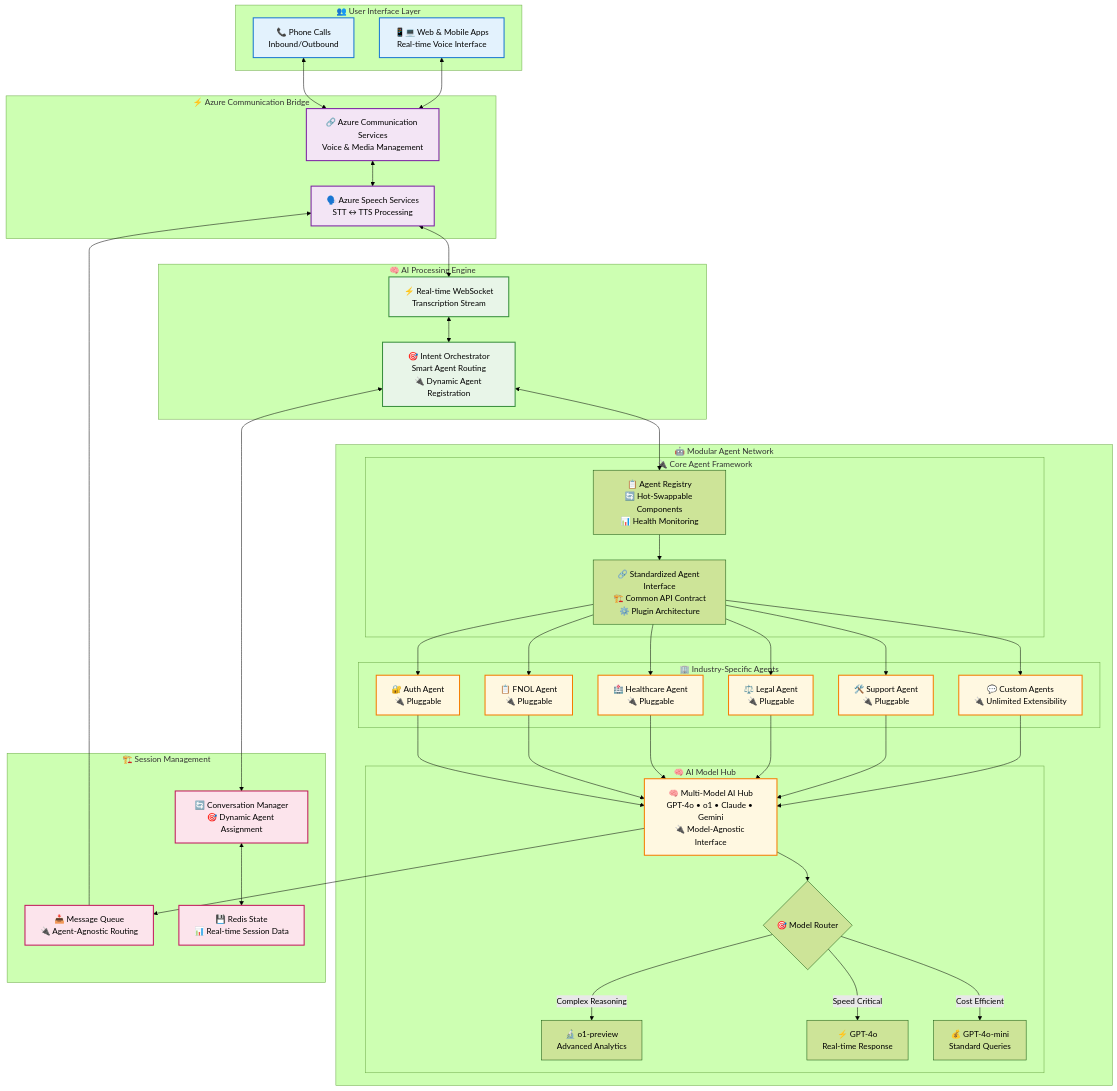
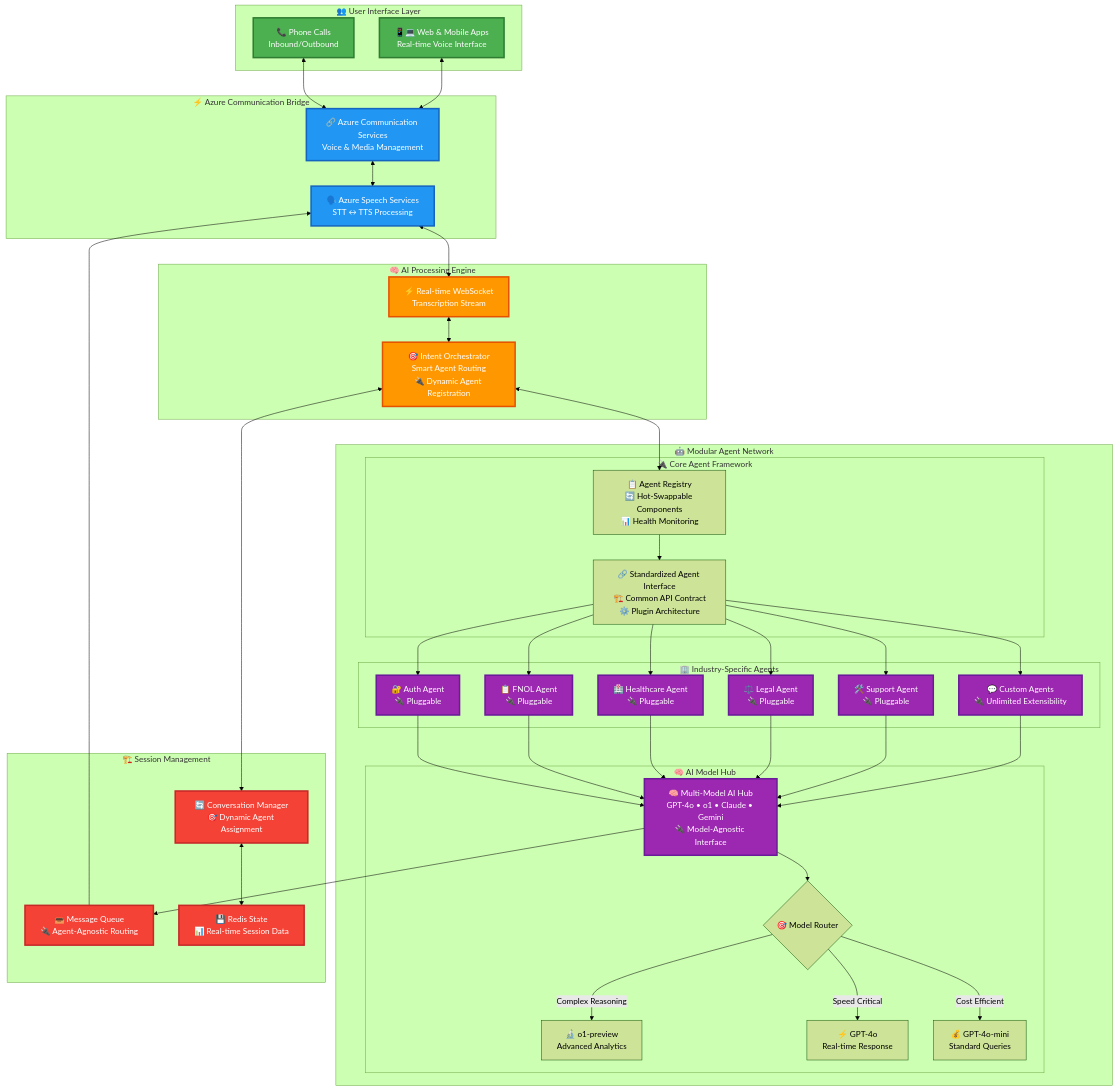
The first of 3 diagrams in docs/Architecture.md (glavman/art-voice-agent-accelerator), drawn with Mermaid (forest theme) before and after one commit. The commit also changed 21 other files, not shown here.

```diff
--- a/docs/Architecture.md
+++ b/docs/Architecture.md
@@ -158,12 +158,12 @@
     Orchestrator <--> Manager
     Manager <--> Redis
 
-    %% Styling
-    classDef user fill:#e3f2fd,stroke:#1976d2,stroke-width:2px
-    classDef bridge fill:#f3e5f5,stroke:#7b1fa2,stroke-width:2px
-    classDef process fill:#e8f5e8,stroke:#388e3c,stroke-width:2px
-    classDef agent fill:#fff8e1,stroke:#f57c00,stroke-width:2px
-    classDef infra fill:#fce4ec,stroke:#c2185b,stroke-width:2px
+    %% Styling - Compatible with dark and light backgrounds
+    classDef user fill:#4CAF50,stroke:#2E7D32,stroke-width:3px,color:#FFFFFF
+    classDef bridge fill:#2196F3,stroke:#1565C0,stroke-width:3px,color:#FFFFFF
+    classDef process fill:#FF9800,stroke:#E65100,stroke-width:3px,color:#FFFFFF
+    classDef agent fill:#9C27B0,stroke:#6A1B9A,stroke-width:3px,color:#FFFFFF
+    classDef infra fill:#F44336,stroke:#C62828,stroke-width:3px,color:#FFFFFF
 
     class Phone,WebMobile user
     class ACS,Speech bridge
```
